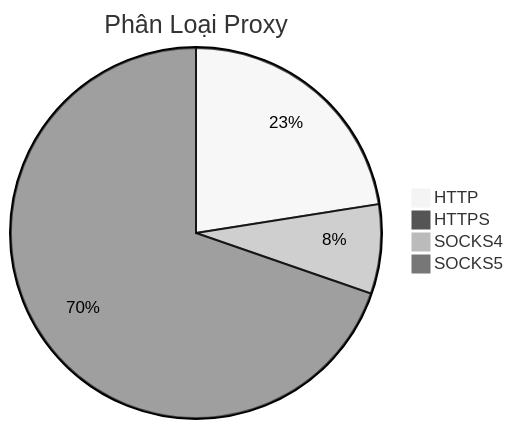
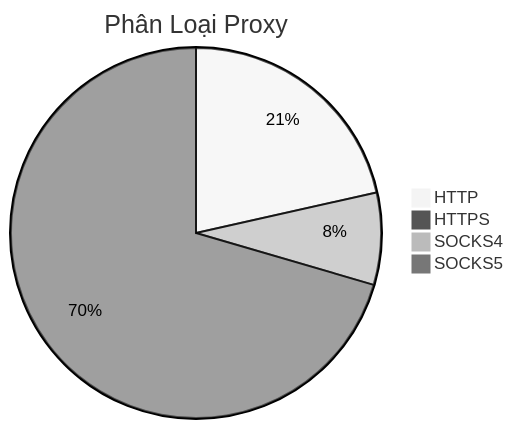
The diagram in README.md (Ciara-Aa/PROXY-free), drawn with Mermaid (neutral theme) before and after one commit. The commit also changed other lines of this file and 4 other files, not shown here.

````diff
--- a/README.md
+++ b/README.md
@@ -26,7 +26,7 @@
 ```mermaid
 pie title Phân Loại Proxy
-    "HTTP" : 1302
-    "HTTPS" : 1
-    "SOCKS4" : 451
-    "SOCKS5" : 4032
+    "HTTP" : 1191
+    "HTTPS" : 3
+    "SOCKS4" : 445
+    "SOCKS5" : 3906
 ```
````
